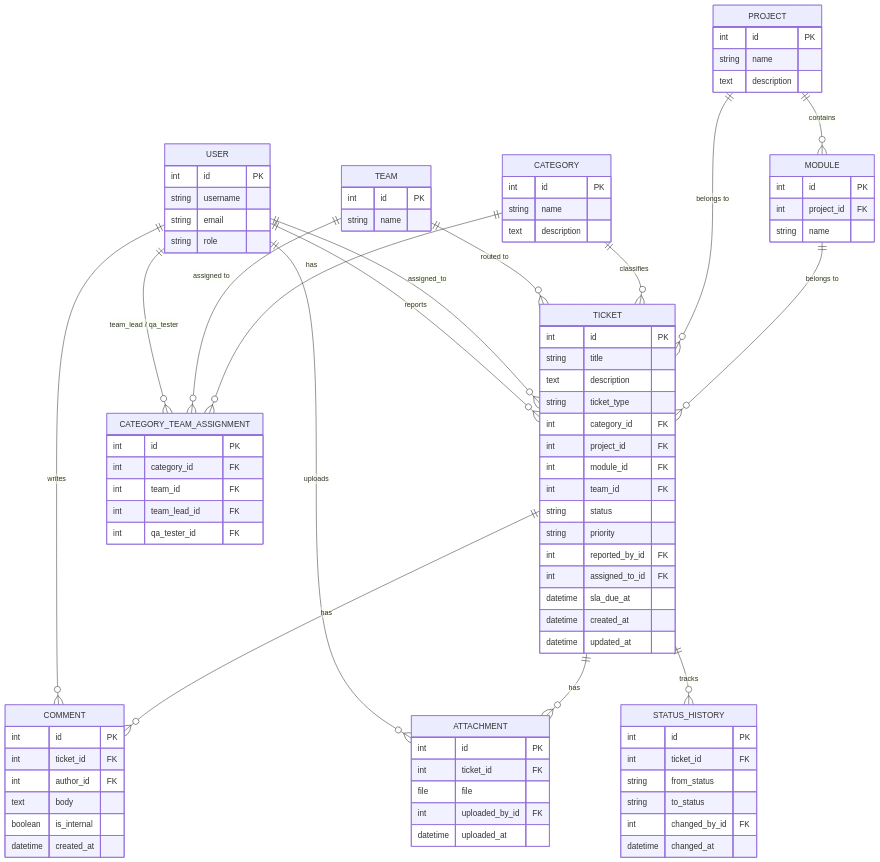
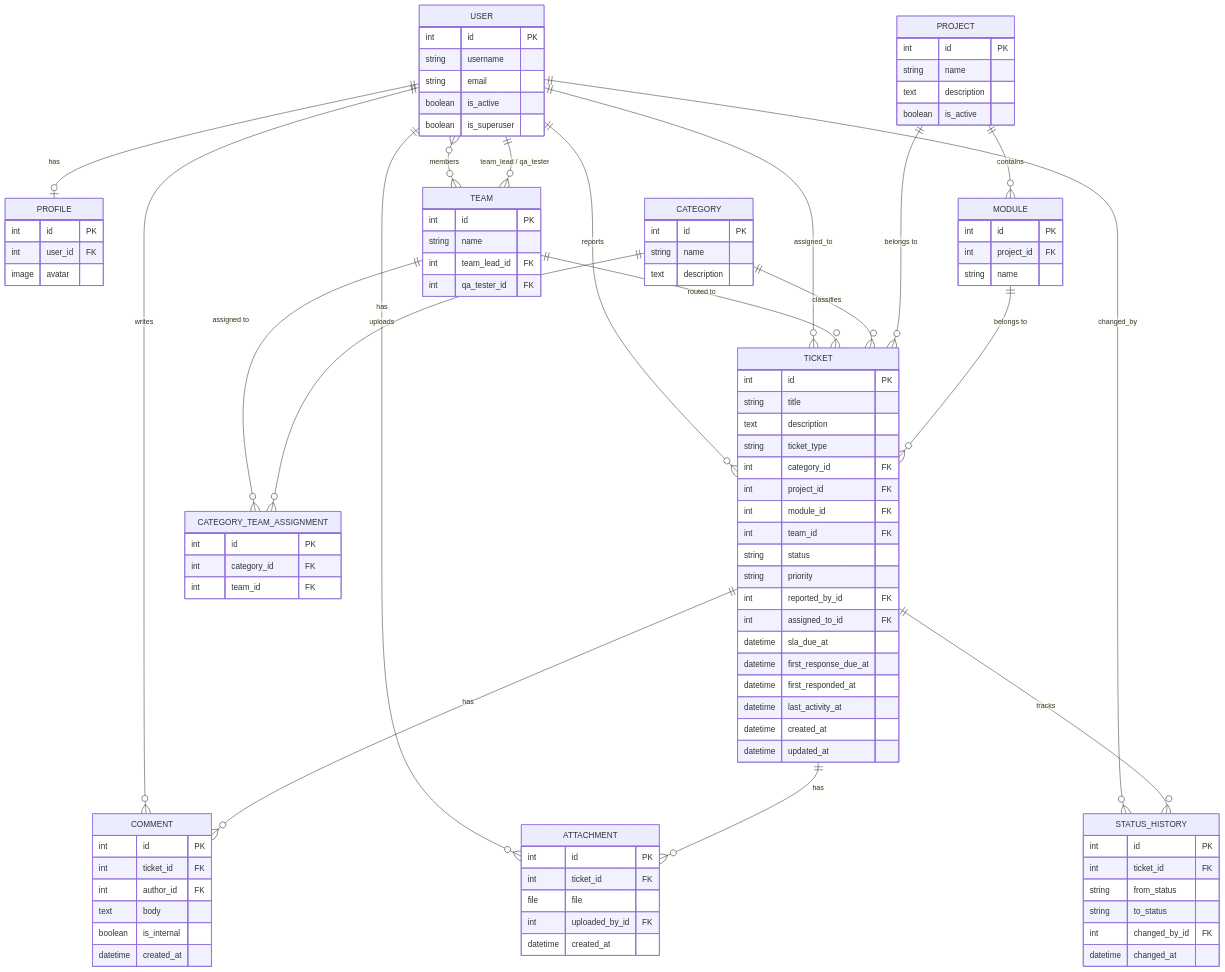
The diagram in docs/ERD.md (Sugaraa1/Ticket-Management-System), drawn with Mermaid before and after one commit. The commit also changed other lines of this file and 107 other files, not shown here.

```diff
--- a/docs/ERD.md
+++ b/docs/ERD.md
@@ -8,7 +8,10 @@
     USER ||--o{ TICKET : "assigned_to"
     USER ||--o{ COMMENT : "writes"
     USER ||--o{ ATTACHMENT : "uploads"
-    USER ||--o{ CATEGORY_TEAM_ASSIGNMENT : "team_lead / qa_tester"
+    USER ||--o| PROFILE : "has"
+    USER }o--o{ TEAM : "members"
+    USER ||--o{ TEAM : "team_lead / qa_tester"
+    USER ||--o{ STATUS_HISTORY : "changed_by"
 
     TEAM ||--o{ CATEGORY_TEAM_ASSIGNMENT : "assigned to"
     TEAM ||--o{ TICKET : "routed to"
@@ -28,12 +31,21 @@
         int id PK
         string username
         string email
-        string role
+        boolean is_active
+        boolean is_superuser
+    }
+
+    PROFILE {
+        int id PK
+        int user_id FK
+        image avatar
     }
 
     TEAM {
         int id PK
         string name
+        int team_lead_id FK
+        int qa_tester_id FK
     }
 
     CATEGORY {
@@ -46,14 +58,13 @@
         int id PK
         int category_id FK
         int team_id FK
-        int team_lead_id FK
-        int qa_tester_id FK
     }
 
     PROJECT {
         int id PK
         string name
         text description
+        boolean is_active
     }
 
     MODULE {
@@ -76,6 +87,9 @@
         int reported_by_id FK
         int assigned_to_id FK
         datetime sla_due_at
+        datetime first_response_due_at
+        datetime first_responded_at
+        datetime last_activity_at
         datetime created_at
         datetime updated_at
     }
@@ -94,7 +108,7 @@
         int ticket_id FK
         file file
         int uploaded_by_id FK
-        datetime uploaded_at
+        datetime created_at
     }
 
     STATUS_HISTORY {
```
